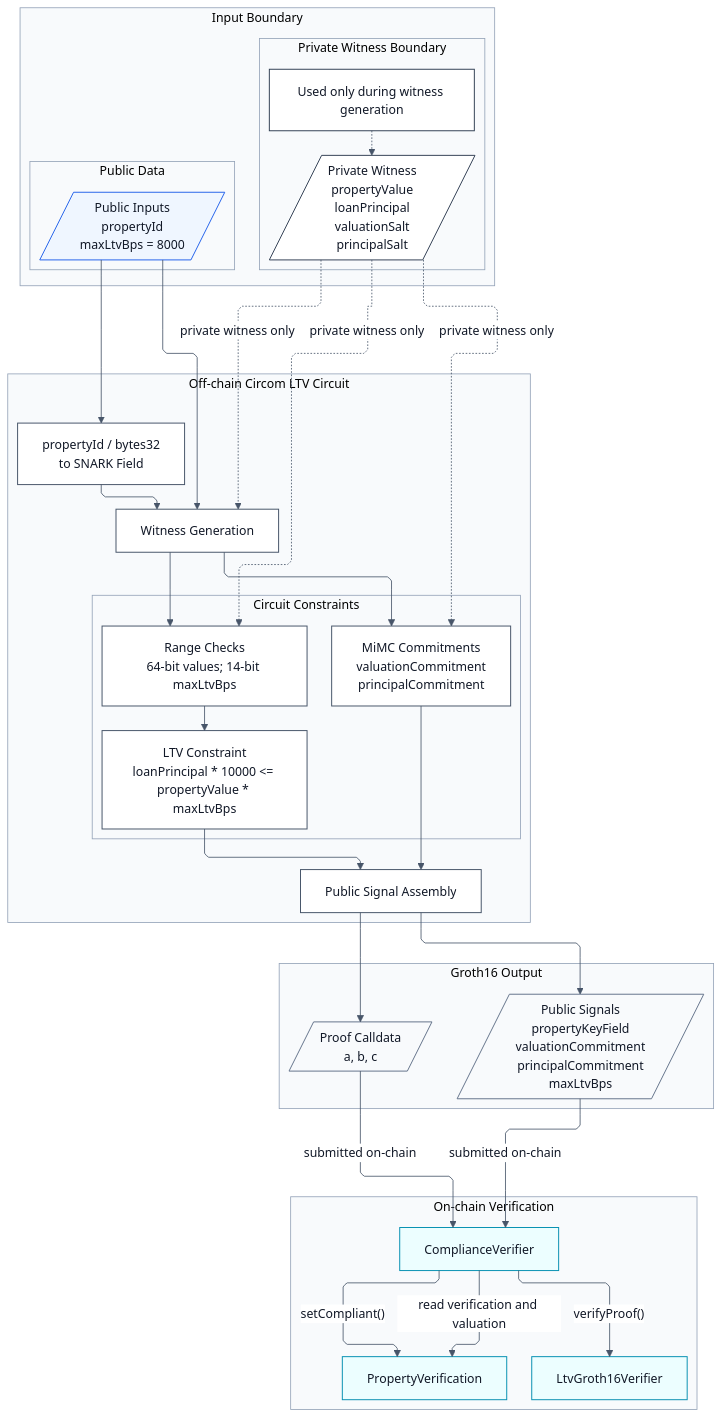
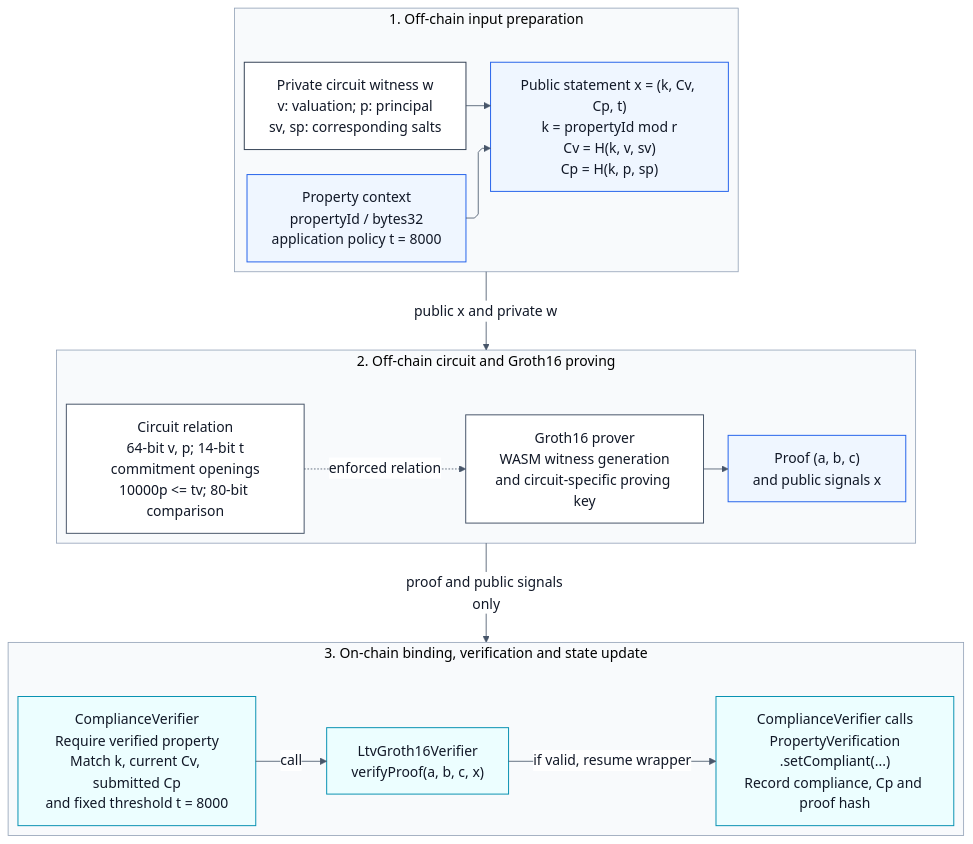
One commit to Alan42x/proofestate changed the diagram in docs/figures/04-zk-proof-workflow.mmd. Above: the diagram before and after it, drawn with Mermaid. The commit also changed 30 other files, not shown here.

```diff
--- a/docs/figures/04-zk-proof-workflow.mmd
+++ b/docs/figures/04-zk-proof-workflow.mmd
@@ -1,74 +1,40 @@
-%%{init: {"theme": "base", "flowchart": {"defaultRenderer": "elk", "curve": "linear", "nodeSpacing": 56, "rankSpacing": 78, "wrappingWidth": 190, "diagramPadding": 18}, "elk": {"mergeEdges": false, "nodePlacementStrategy": "NETWORK_SIMPLEX", "nodePlacementAlignment": "BALANCED"}, "themeVariables": {"fontFamily": "Arial", "fontSize": "15px", "primaryColor": "#ffffff", "primaryTextColor": "#111827", "primaryBorderColor": "#64748b", "lineColor": "#475569", "clusterBkg": "#f8fafc", "clusterBorder": "#94a3b8", "edgeLabelBackground": "#ffffff"}}}%%
+%%{init: {"theme": "base", "flowchart": {"defaultRenderer": "elk", "curve": "linear", "nodeSpacing": 36, "rankSpacing": 44, "wrappingWidth": 230, "diagramPadding": 16}, "elk": {"mergeEdges": false, "nodePlacementStrategy": "NETWORK_SIMPLEX", "nodePlacementAlignment": "BALANCED"}, "themeVariables": {"fontFamily": "Arial", "fontSize": "17px", "primaryColor": "#ffffff", "primaryTextColor": "#111827", "primaryBorderColor": "#64748b", "lineColor": "#475569", "clusterBkg": "#f8fafc", "clusterBorder": "#94a3b8", "edgeLabelBackground": "#ffffff"}}}%%
 flowchart TB
-  subgraph Inputs["Input Boundary"]
+  subgraph Preparation["1. Off-chain input preparation"]
     direction LR
-    subgraph PublicData["Public Data"]
-      direction TB
-      PublicInputs[/Public Inputs<br/>propertyId<br/>maxLtvBps = 8000/]
-    end
-
-    subgraph PrivacyBoundary["Private Witness Boundary"]
-      direction TB
-      PrivateWitness[/Private Witness<br/>propertyValue<br/>loanPrincipal<br/>valuationSalt<br/>principalSalt/]
-      WitnessNote["Used only during witness generation"]
-    end
+    Context["Property context<br/>propertyId / bytes32<br/>application policy t = 8000"]
+    Witness["Private circuit witness w<br/>v: valuation; p: principal<br/>sv, sp: corresponding salts"]
+    Statement["Public statement x = (k, Cv, Cp, t)<br/>k = propertyId mod r<br/>Cv = H(k, v, sv)<br/>Cp = H(k, p, sp)"]
+    Context --> Statement
+    Witness --> Statement
   end
 
-  subgraph OffChainCircuit["Off-chain Circom LTV Circuit"]
-    direction TB
-    FieldMap["propertyId / bytes32<br/>to SNARK Field"]
-    WitnessGen["Witness Generation"]
-    subgraph Constraints["Circuit Constraints"]
-      direction LR
-      Commitments["MiMC Commitments<br/>valuationCommitment<br/>principalCommitment"]
-      RangeChecks["Range Checks<br/>64-bit values; 14-bit maxLtvBps"]
-      LtvConstraint["LTV Constraint<br/>loanPrincipal * 10000 <= propertyValue * maxLtvBps"]
-    end
-    SignalAssembly["Public Signal Assembly"]
+  subgraph Proving["2. Off-chain circuit and Groth16 proving"]
+    direction LR
+    Constraints["Circuit relation<br/>64-bit v, p; 14-bit t<br/>commitment openings<br/>10000p <= tv; 80-bit comparison"]
+    Prover["Groth16 prover<br/>WASM witness generation<br/>and circuit-specific proving key"]
+    Output["Proof (a, b, c)<br/>and public signals x"]
+    Constraints -.->|enforced relation| Prover
+    Prover --> Output
   end
 
-  subgraph Output["Groth16 Output"]
+  subgraph OnChain["3. On-chain binding, verification and state update"]
     direction LR
-    PublicSignals[/Public Signals<br/>propertyKeyField<br/>valuationCommitment<br/>principalCommitment<br/>maxLtvBps/]
-    ProofCalldata[/Proof Calldata<br/>a, b, c/]
+    Binding["ComplianceVerifier<br/>Require verified property<br/>Match k, current Cv, submitted Cp<br/>and fixed threshold t = 8000"]
+    Verifier["LtvGroth16Verifier<br/>verifyProof(a, b, c, x)"]
+    Record["ComplianceVerifier calls<br/>PropertyVerification<br/>.setCompliant(...)<br/>Record compliance, Cp and proof hash"]
+    Binding -->|call| Verifier
+    Verifier -->|if valid, resume wrapper| Record
   end
 
-  subgraph OnChain["On-chain Verification"]
-    direction LR
-    ComplianceVerifier["ComplianceVerifier"]
-    LtvGroth16Verifier["LtvGroth16Verifier"]
-    PropertyVerification["PropertyVerification"]
-  end
-
-  PublicInputs --> FieldMap
-  PublicInputs --> WitnessGen
-  PrivateWitness -.->|private witness only| WitnessGen
-  PrivateWitness -.->|private witness only| Commitments
-  PrivateWitness -.->|private witness only| RangeChecks
-  WitnessNote -.-> PrivateWitness
-
-  FieldMap --> WitnessGen
-  WitnessGen --> Commitments
-  WitnessGen --> RangeChecks
-  RangeChecks --> LtvConstraint
-  Commitments --> SignalAssembly
-  LtvConstraint --> SignalAssembly
-  SignalAssembly --> PublicSignals
-  SignalAssembly --> ProofCalldata
-
-  PublicSignals -->|submitted on-chain| ComplianceVerifier
-  ProofCalldata -->|submitted on-chain| ComplianceVerifier
-  ComplianceVerifier -->|"verifyProof()"| LtvGroth16Verifier
-  ComplianceVerifier -->|read verification and valuation| PropertyVerification
-  ComplianceVerifier -->|"setCompliant()"| PropertyVerification
+  Preparation -->|public x and private w| Proving
+  Proving -->|proof and public signals only| OnChain
 
   classDef publicData fill:#eff6ff,stroke:#2563eb,stroke-width:1.2px,color:#111827;
   classDef privateData fill:#ffffff,stroke:#334155,stroke-width:1.2px,color:#111827;
   classDef process fill:#ffffff,stroke:#475569,stroke-width:1.2px,color:#111827;
-  classDef output fill:#f8fafc,stroke:#64748b,stroke-width:1.2px,color:#111827;
   classDef chain fill:#ecfeff,stroke:#0891b2,stroke-width:1.2px,color:#111827;
-  class PublicInputs publicData;
-  class PrivateWitness,WitnessNote privateData;
-  class FieldMap,WitnessGen,Commitments,RangeChecks,LtvConstraint,SignalAssembly process;
-  class PublicSignals,ProofCalldata output;
-  class ComplianceVerifier,LtvGroth16Verifier,PropertyVerification chain;
+  class Context,Statement,Output publicData;
+  class Witness privateData;
+  class Constraints,Prover process;
+  class Binding,Verifier,Record chain;
```
